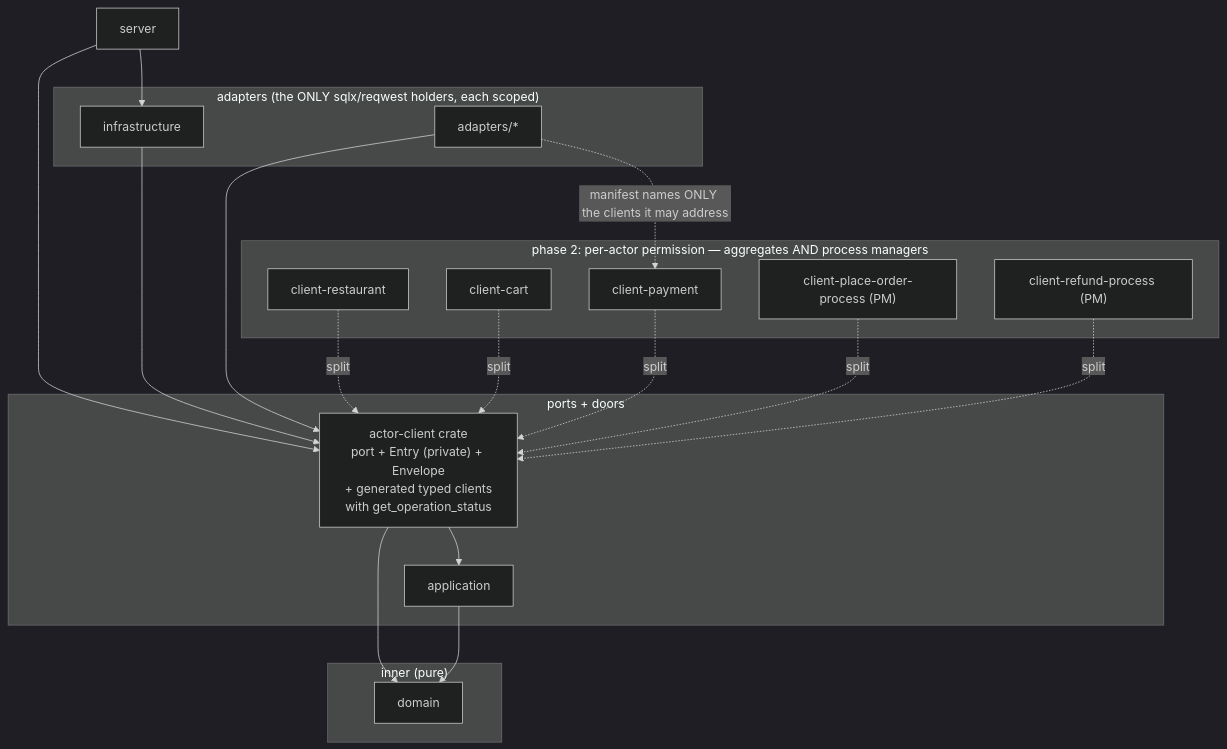
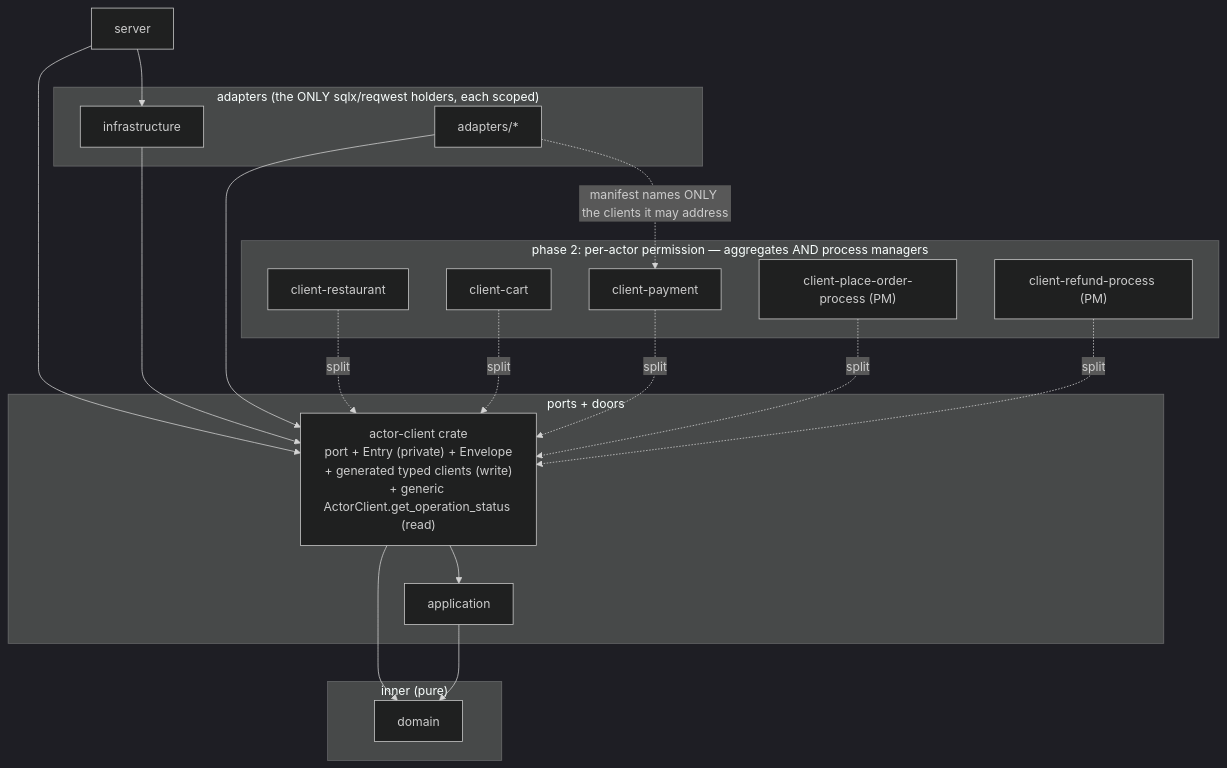
One commit to TheCaptainCompany/captain-food changed the first of 2 diagrams in docs/proposals/PROP-20260802-130500-isolation-by-construction.md. Above: the diagram before and after it, drawn with Mermaid (dark theme). The commit also changed other lines of this file and 2 other files, not shown here.

First line of the commit message:
docs: the read door is the generic ActorClient -- status is not actor-specific

````diff
--- a/docs/proposals/PROP-20260802-130500-isolation-by-construction.md
+++ b/docs/proposals/PROP-20260802-130500-isolation-by-construction.md
@@ -79,25 +79,25 @@
 ```mermaid
 graph TD
     subgraph "inner (pure)"
         domain
     end
     subgraph "ports + doors"
         application --> domain
-        AC["actor-client crate<br/>port + Entry (private) + Envelope<br/>+ generated typed clients<br/>with get_operation_status"] --> domain
+        AC["actor-client crate<br/>port + Entry (private) + Envelope<br/>+ generated typed clients (write)<br/>+ generic ActorClient.get_operation_status (read)"] --> domain
         AC --> application
     end
     subgraph "phase 2: per-actor permission — aggregates AND process managers"
         CR[client-restaurant] -.split.-> AC
         CC[client-cart] -.split.-> AC
         CP[client-payment] -.split.-> AC
         PP["client-place-order-process (PM)"] -.split.-> AC
         RP["client-refund-process (PM)"] -.split.-> AC
     end
     subgraph "adapters (the ONLY sqlx/reqwest holders, each scoped)"
         infrastructure --> AC
         stripe["adapters/*"] --> AC
     end
     server --> AC
     server --> infrastructure
     stripe -. "manifest names ONLY the clients it may address" .-> CP
 ```
````
